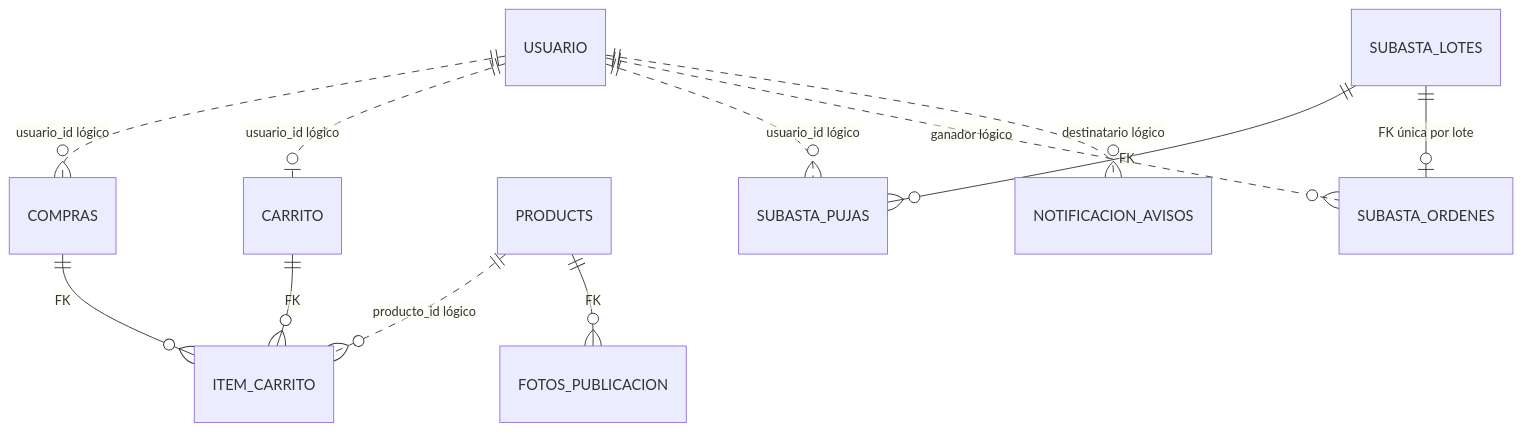
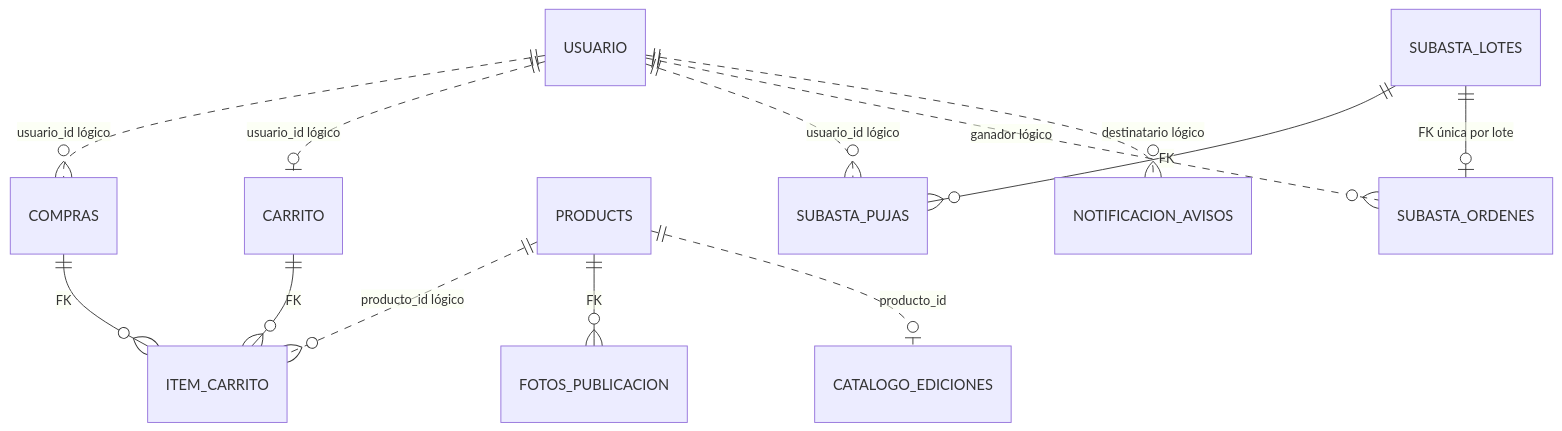
One commit to itzjuans25/VERTICE changed the diagram in docs/pgadmin/vertice-mer.md. Above: the diagram before and after it, drawn with Mermaid. The commit also changed other lines of this file and 127 other files, not shown here.

````diff
--- a/docs/pgadmin/vertice-mer.md
+++ b/docs/pgadmin/vertice-mer.md
@@ -7,14 +7,15 @@
 ```mermaid
 erDiagram
   USUARIO ||..o{ COMPRAS : "usuario_id lógico"
   USUARIO ||..o| CARRITO : "usuario_id lógico"
   CARRITO ||--o{ ITEM_CARRITO : FK
   COMPRAS ||--o{ ITEM_CARRITO : FK
   PRODUCTS ||..o{ ITEM_CARRITO : "producto_id lógico"
   PRODUCTS ||--o{ FOTOS_PUBLICACION : FK
+  PRODUCTS ||..o| CATALOGO_EDICIONES : "producto_id"
   USUARIO ||..o{ SUBASTA_PUJAS : "usuario_id lógico"
   SUBASTA_LOTES ||--o{ SUBASTA_PUJAS : FK
   SUBASTA_LOTES ||--o| SUBASTA_ORDENES : "FK única por lote"
   USUARIO ||..o{ SUBASTA_ORDENES : "ganador lógico"
   USUARIO ||..o{ NOTIFICACION_AVISOS : "destinatario lógico"
 ```
````
